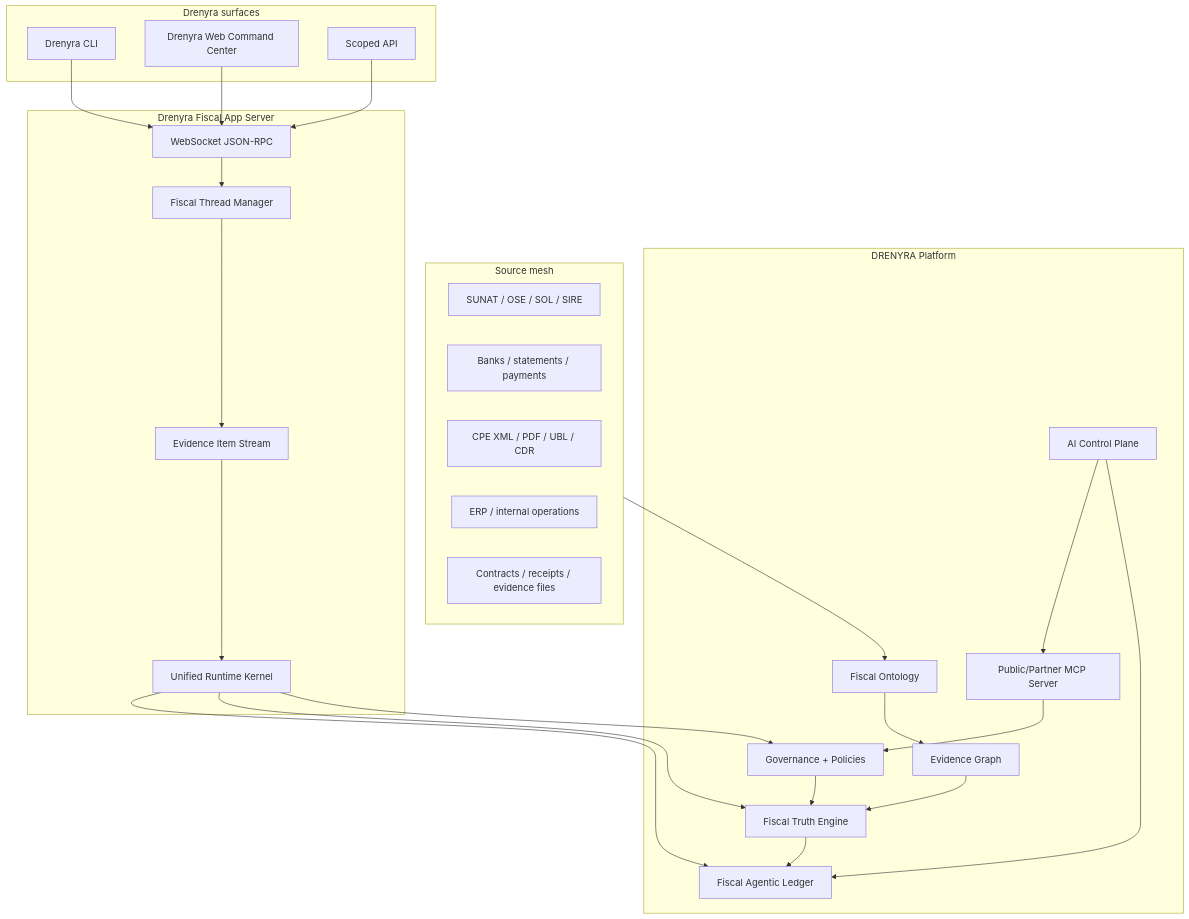
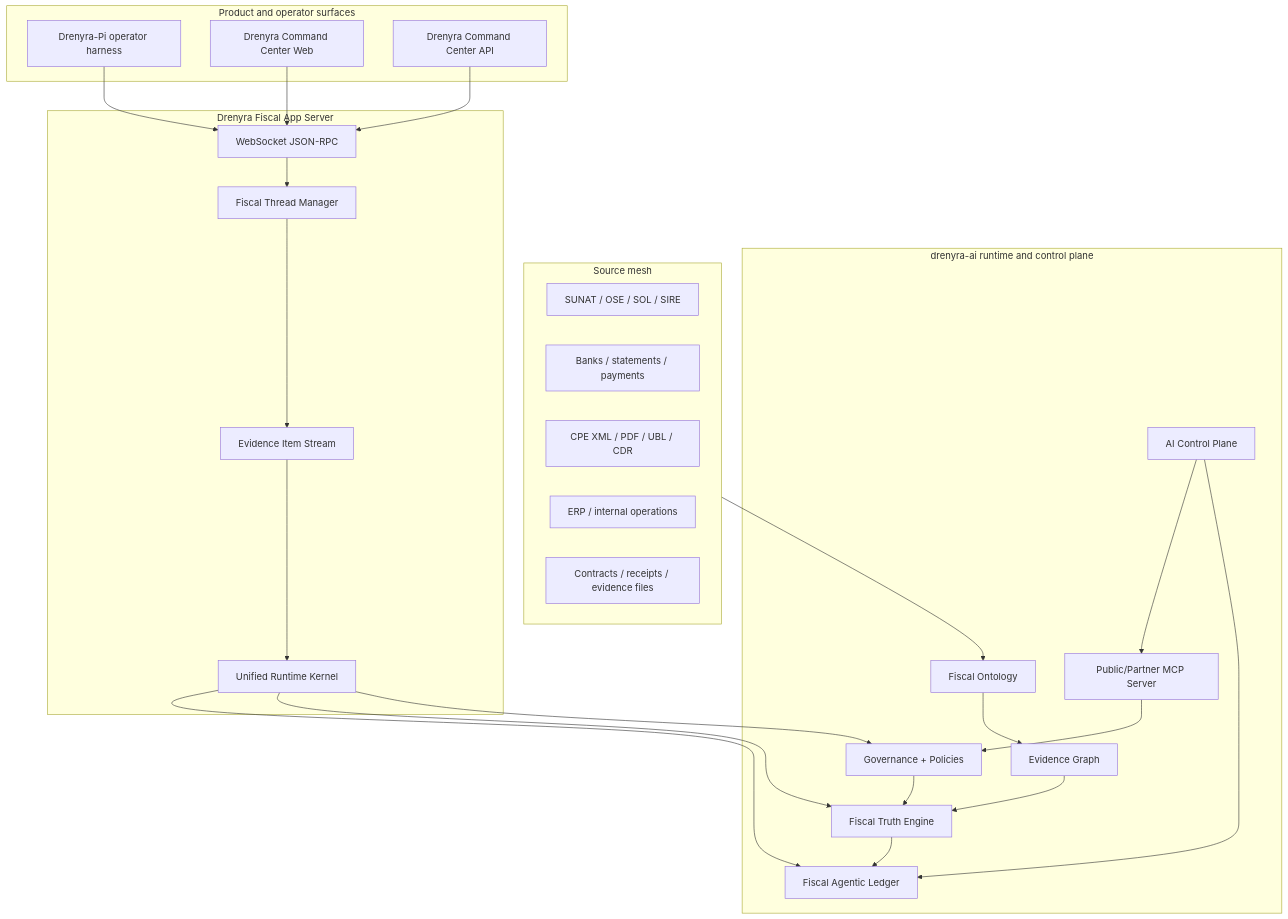
Before and after one commit to arkelythex/drenyra-command-center: the first of 3 diagrams in docs/14-design/fiscal-intelligence-platform.md, drawn with Mermaid. The commit also changed other lines of this file and 354 other files, not shown here.

````diff
--- a/docs/14-design/fiscal-intelligence-platform.md
+++ b/docs/14-design/fiscal-intelligence-platform.md
@@ -38,51 +38,51 @@
 ```mermaid
 flowchart TB
   subgraph Sources[Source mesh]
     SUNAT[SUNAT / OSE / SOL / SIRE]
     Banks[Banks / statements / payments]
     CPE[CPE XML / PDF / UBL / CDR]
     ERP[ERP / internal operations]
     Docs[Contracts / receipts / evidence files]
   end
 
-  subgraph Platform[DRENYRA Platform]
+  subgraph Platform[drenyra-ai runtime and control plane]
     Ontology[Fiscal Ontology]
     Truth[Fiscal Truth Engine]
     Evidence[Evidence Graph]
     FAL[Fiscal Agentic Ledger]
     Gov[Governance + Policies]
     AI[AI Control Plane]
     MCP[Public/Partner MCP Server]
   end
 
-  subgraph Surfaces[Drenyra surfaces]
-    CLI[Drenyra CLI]
-    Web[Drenyra Web Command Center]
-    API[Scoped API]
+  subgraph Surfaces[Product and operator surfaces]
+    Pi[Drenyra-Pi operator harness]
+    Web[Drenyra Command Center Web]
+    API[Drenyra Command Center API]
   end
 
   subgraph DFAS[Drenyra Fiscal App Server]
     WS[WebSocket JSON-RPC]
     ThreadMgr[Fiscal Thread Manager]
     ItemStream[Evidence Item Stream]
     Kernel[Unified Runtime Kernel]
   end
 
   Sources --> Ontology
   Ontology --> Evidence
   Evidence --> Truth
   Truth --> FAL
   Gov --> Truth
   AI --> FAL
   AI --> MCP
   MCP --> Gov
-  CLI --> WS
+  Pi --> WS
   Web --> WS
   API --> WS
   WS --> ThreadMgr
   ThreadMgr --> ItemStream
   ItemStream --> Kernel
   Kernel --> Gov
   Kernel --> Truth
   Kernel --> FAL
 ```
````
